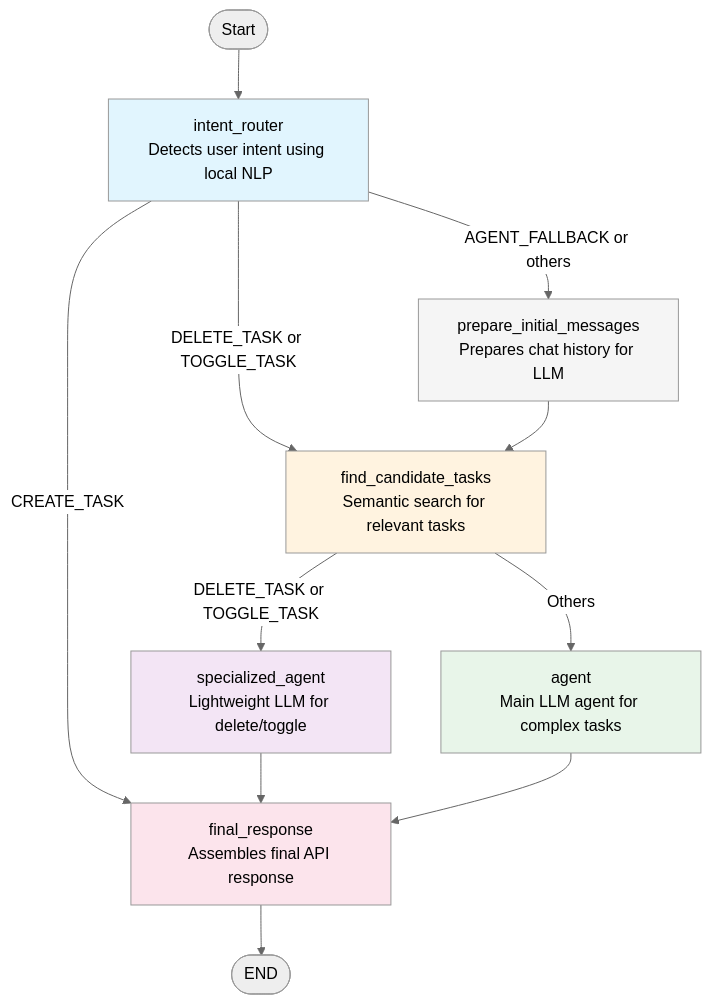
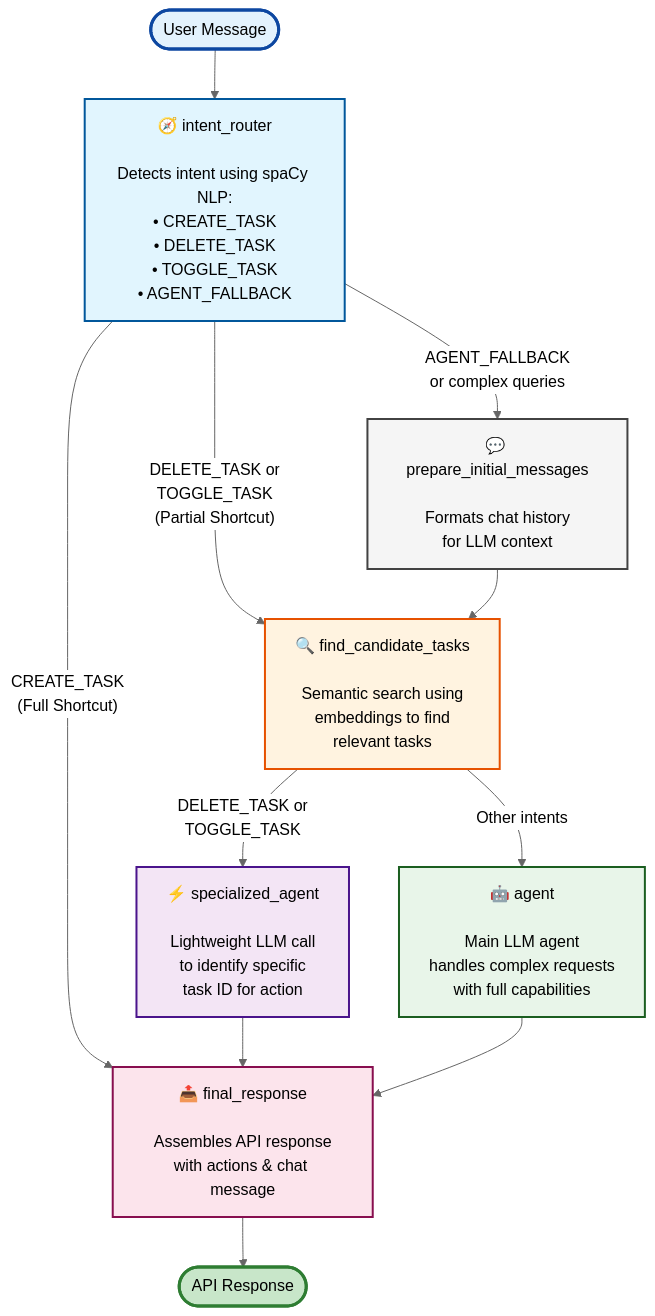
The diagram in backend/_docs/langgraph-workflow.mmd (TheArrowsmith/karen), drawn with Mermaid (neutral theme) before and after one commit. The commit also changed 1 other file, not shown here.

Commit message:
add Mermaid charts

```diff
--- a/backend/_docs/langgraph-workflow.mmd
+++ b/backend/_docs/langgraph-workflow.mmd
@@ -1,22 +1,27 @@
 graph TD
-    Start([Start]) --> IR["intent_router<br/>Detects user intent using local NLP"]
+    Start([User Message]) --> IR["🧭 intent_router<br/><br/>Detects intent using spaCy NLP:<br/>• CREATE_TASK<br/>• DELETE_TASK<br/>• TOGGLE_TASK<br/>• AGENT_FALLBACK"]
     
-    IR -->|"CREATE_TASK"| FR["final_response<br/>Assembles final API response"]
-    IR -->|"DELETE_TASK or TOGGLE_TASK"| FCT["find_candidate_tasks<br/>Semantic search for relevant tasks"]
-    IR -->|"AGENT_FALLBACK or others"| PIM["prepare_initial_messages<br/>Prepares chat history for LLM"]
+    IR -->|"CREATE_TASK<br/>(Full Shortcut)"| FR["📤 final_response<br/><br/>Assembles API response<br/>with actions & chat message"]
+    
+    IR -->|"DELETE_TASK or<br/>TOGGLE_TASK<br/>(Partial Shortcut)"| FCT["🔍 find_candidate_tasks<br/><br/>Semantic search using<br/>embeddings to find<br/>relevant tasks"]
+    
+    IR -->|"AGENT_FALLBACK<br/>or complex queries"| PIM["💬 prepare_initial_messages<br/><br/>Formats chat history<br/>for LLM context"]
     
     PIM --> FCT
     
-    FCT -->|"DELETE_TASK or TOGGLE_TASK"| SA["specialized_agent<br/>Lightweight LLM for delete/toggle"]
-    FCT -->|"Others"| A["agent<br/>Main LLM agent for complex tasks"]
+    FCT -->|"DELETE_TASK or<br/>TOGGLE_TASK"| SA["⚡ specialized_agent<br/><br/>Lightweight LLM call<br/>to identify specific<br/>task ID for action"]
+    
+    FCT -->|"Other intents"| A["🤖 agent<br/><br/>Main LLM agent<br/>handles complex requests<br/>with full capabilities"]
     
     SA --> FR
     A --> FR
-    FR --> End([END])
+    FR --> End([API Response])
     
-    style IR fill:#e1f5fe
-    style FCT fill:#fff3e0
-    style SA fill:#f3e5f5
-    style A fill:#e8f5e9
-    style FR fill:#fce4ec
-    style PIM fill:#f5f5f5 
+    style IR fill:#e1f5fe,stroke:#01579b,stroke-width:2px
+    style FCT fill:#fff3e0,stroke:#e65100,stroke-width:2px
+    style SA fill:#f3e5f5,stroke:#4a148c,stroke-width:2px
+    style A fill:#e8f5e9,stroke:#1b5e20,stroke-width:2px
+    style FR fill:#fce4ec,stroke:#880e4f,stroke-width:2px
+    style PIM fill:#f5f5f5,stroke:#424242,stroke-width:2px
+    style Start fill:#e3f2fd,stroke:#0d47a1,stroke-width:3px
+    style End fill:#c8e6c9,stroke:#2e7d32,stroke-width:3px 
```
